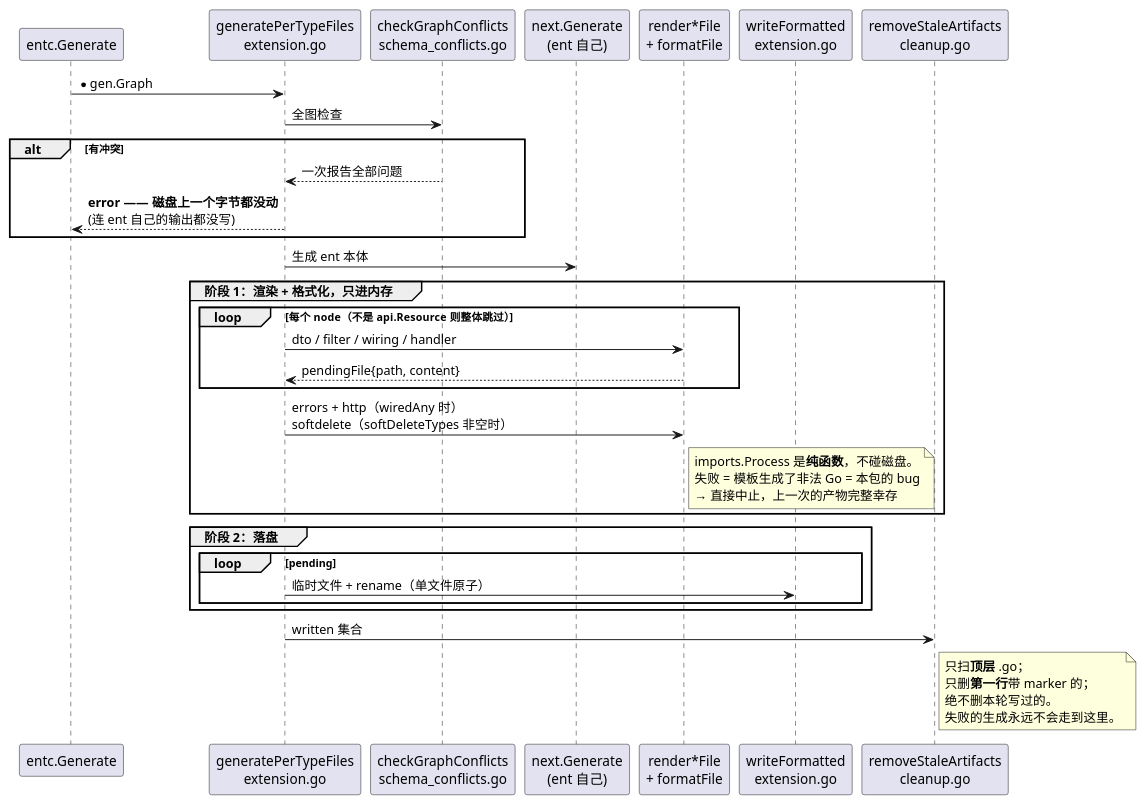
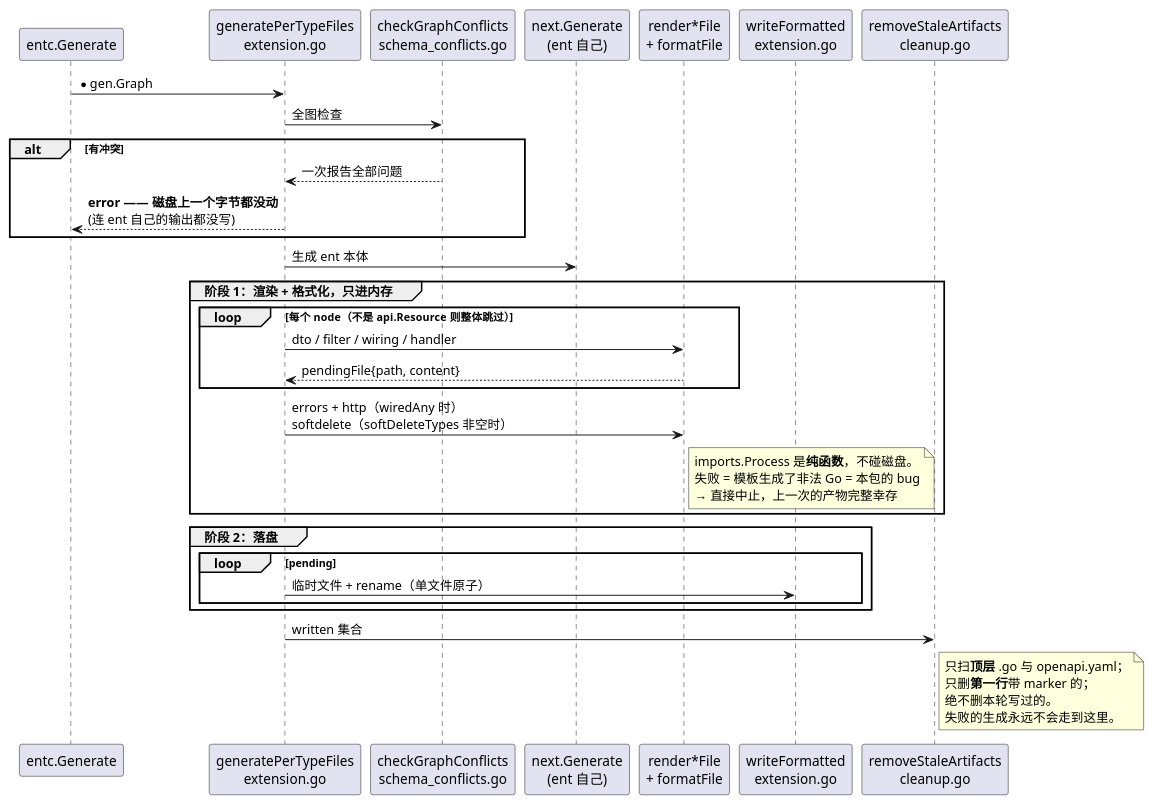
Before and after one commit to githonllc/entapi: the fourth of 5 diagrams in docs/ARCHITECTURE.md, drawn with PlantUML. The commit also changed other lines of this file and 67 other files, not shown here.

First line of the commit message:
feat: generate the OpenAPI 3.1 document, embed it, serve it at GET /openapi.yaml (#87)

````diff
--- a/docs/ARCHITECTURE.md
+++ b/docs/ARCHITECTURE.md
@@ -308,44 +309,44 @@
 ```plantuml
 @startuml
 skinparam shadowing false
 participant "entc.Generate" as ENTC
 participant "generatePerTypeFiles\nextension.go" as HOOK
 participant "checkGraphConflicts\nschema_conflicts.go" as CONF
 participant "next.Generate\n(ent 自己)" as NEXT
 participant "render*File\n+ formatFile" as REND
 participant "writeFormatted\nextension.go" as WRITE
 participant "removeStaleArtifacts\ncleanup.go" as CLEAN
 
 ENTC -> HOOK : *gen.Graph
 HOOK -> CONF : 全图检查
 alt 有冲突
   CONF --> HOOK : 一次报告全部问题
   HOOK --> ENTC : **error —— 磁盘上一个字节都没动**\n(连 ent 自己的输出都没写)
 end
 HOOK -> NEXT : 生成 ent 本体
 group **阶段 1：渲染 + 格式化，只进内存**
   loop 每个 node（不是 api.Resource 则整体跳过）
     HOOK -> REND : dto / filter / wiring / handler
     REND --> HOOK : pendingFile{path, content}
   end
   HOOK -> REND : errors + http（wiredAny 时）\nsoftdelete（softDeleteTypes 非空时）
   note right of REND
     imports.Process 是**纯函数**，不碰磁盘。
     失败 = 模板生成了非法 Go = 本包的 bug
     → 直接中止，上一次的产物完整幸存
   end note
 end
 group **阶段 2：落盘**
   loop pending
     HOOK -> WRITE : 临时文件 + rename（单文件原子）
   end
 end
 HOOK -> CLEAN : written 集合
 note right of CLEAN
-  只扫**顶层** .go；
+  只扫**顶层** .go 与 openapi.yaml；
   只删**第一行**带 marker 的；
   绝不删本轮写过的。
   失败的生成永远不会走到这里。
 end note
 @enduml
 ```
````
